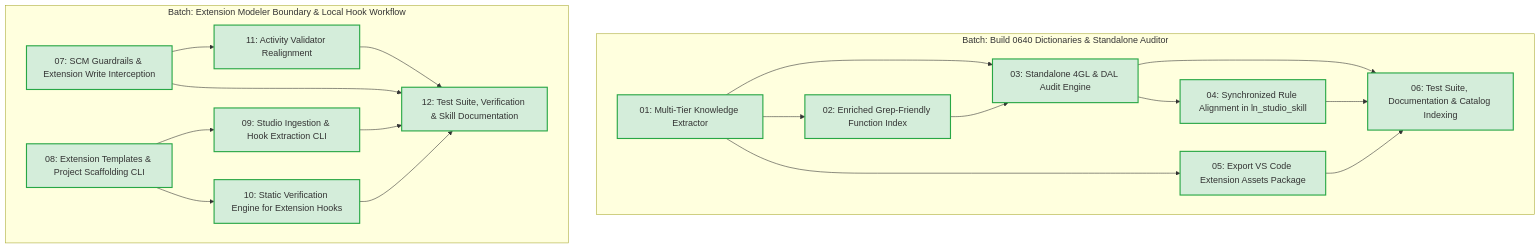
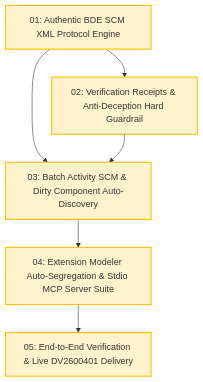
One commit to VerginEvil/Skill_LN changed the diagram in Tickets.md. Above: the diagram before and after it, drawn with Mermaid. The commit also changed other lines of this file and 2 other files, not shown here.

````diff
--- a/Tickets.md
+++ b/Tickets.md
@@ -67,41 +12,17 @@
 ```mermaid
 flowchart TD
-    subgraph Batch1["Batch: Build 0640 Dictionaries & Standalone Auditor"]
-        T01["01: Multi-Tier Knowledge Extractor"]
-        T02["02: Enriched Grep-Friendly Function Index"]
-        T03["03: Standalone 4GL & DAL Audit Engine"]
-        T04["04: Synchronized Rule Alignment in ln_studio_skill"]
-        T05["05: Export VS Code Extension Assets Package"]
-        T06["06: Test Suite, Documentation & Catalog Indexing"]
+    T01["01: Authentic BDE SCM XML Protocol Engine"]
+    T02["02: Verification Receipts & Anti-Deception Hard Guardrail"]
+    T03["03: Batch Activity SCM & Dirty Component Auto-Discovery"]
+    T04["04: Extension Modeler Auto-Segregation & Stdio MCP Server Suite"]
+    T05["05: End-to-End Verification & Live DV2600401 Delivery"]
 
-        T01 --> T02
-        T01 --> T03
-        T02 --> T03
-        T03 --> T04
-        T01 --> T05
-        T03 --> T06
-        T04 --> T06
-        T05 --> T06
-    end
+    T01 --> T02
+    T01 --> T03
+    T02 --> T03
+    T03 --> T04
+    T04 --> T05
 
-    subgraph Batch2["Batch: Extension Modeler Boundary & Local Hook Workflow"]
-        T07["07: SCM Guardrails & Extension Write Interception"]
-        T08["08: Extension Templates & Project Scaffolding CLI"]
-        T09["09: Studio Ingestion & Hook Extraction CLI"]
-        T10["10: Static Verification Engine for Extension Hooks"]
-        T11["11: Activity Validator Realignment"]
-        T12["12: Test Suite, Verification & Skill Documentation"]
-
-        T07 --> T11
-        T08 --> T09
-        T08 --> T10
-        T07 --> T12
-        T09 --> T12
-        T10 --> T12
-        T11 --> T12
-    end
-
-    classDef done fill:#d4edda,stroke:#28a745,stroke-width:2px;
-
-    class T01,T02,T03,T04,T05,T06,T07,T08,T09,T10,T11,T12 done;
+    classDef ready fill:#fff3cd,stroke:#ffc107,stroke-width:2px;
+    class T01,T02,T03,T04,T05 ready;
 ```
````
